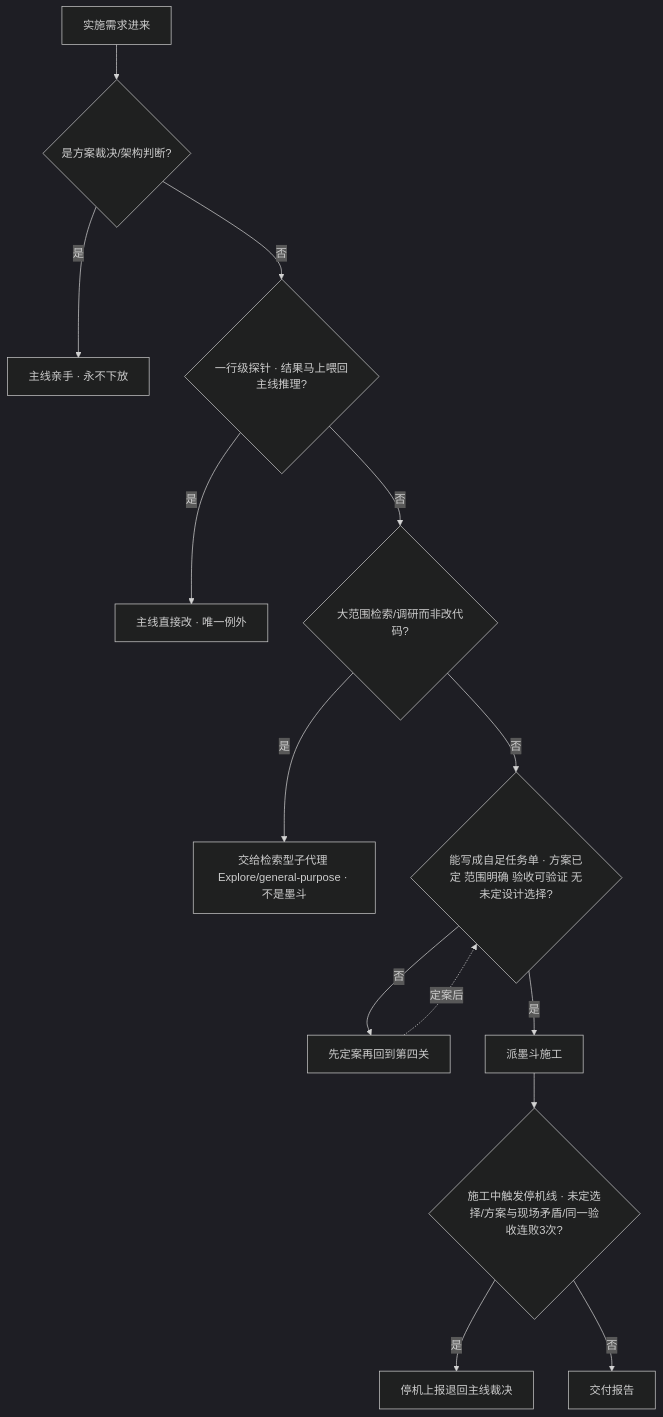
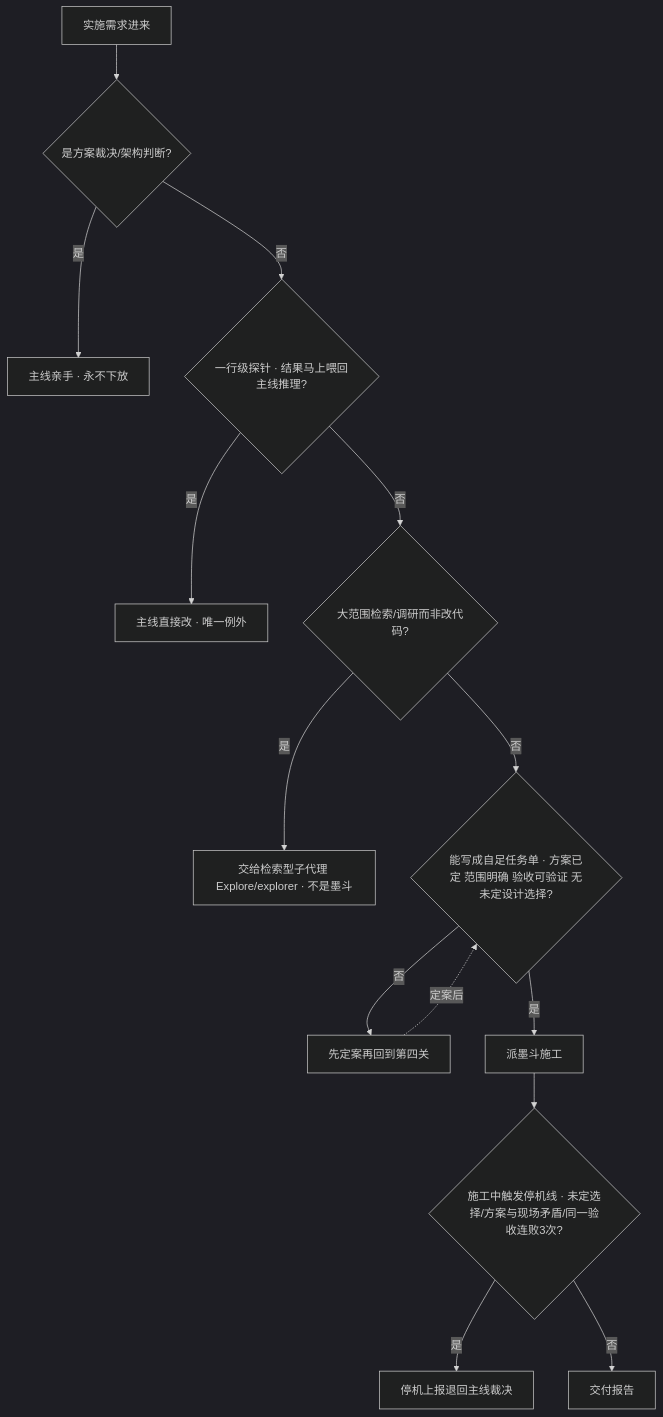
The second of 2 diagrams in README.md (geekxm/modou), drawn with Mermaid (dark theme) before and after one commit. The commit also changed other lines of this file and 6 other files, not shown here.

````diff
--- a/README.md
+++ b/README.md
@@ -37,16 +44,16 @@
 ```mermaid
 flowchart TD
     A[实施需求进来] --> Q1{是方案裁决/架构判断?}
     Q1 -->|是| R1[主线亲手 · 永不下放]
     Q1 -->|否| Q2{一行级探针 · 结果马上喂回主线推理?}
     Q2 -->|是| R2[主线直接改 · 唯一例外]
     Q2 -->|否| Q3{大范围检索/调研而非改代码?}
-    Q3 -->|是| R3[交给检索型子代理 Explore/general-purpose · 不是墨斗]
+    Q3 -->|是| R3[交给检索型子代理 Explore/explorer · 不是墨斗]
     Q3 -->|否| Q4{能写成自足任务单 · 方案已定 范围明确 验收可验证 无未定设计选择?}
     Q4 -->|否| R4[先定案再回到第四关]
     R4 -.定案后.-> Q4
     Q4 -->|是| R5[派墨斗施工]
     R5 --> Q5{施工中触发停机线 · 未定选择/方案与现场矛盾/同一验收连败3次?}
     Q5 -->|是| R6[停机上报退回主线裁决]
     Q5 -->|否| R7[交付报告]
 ```
````
